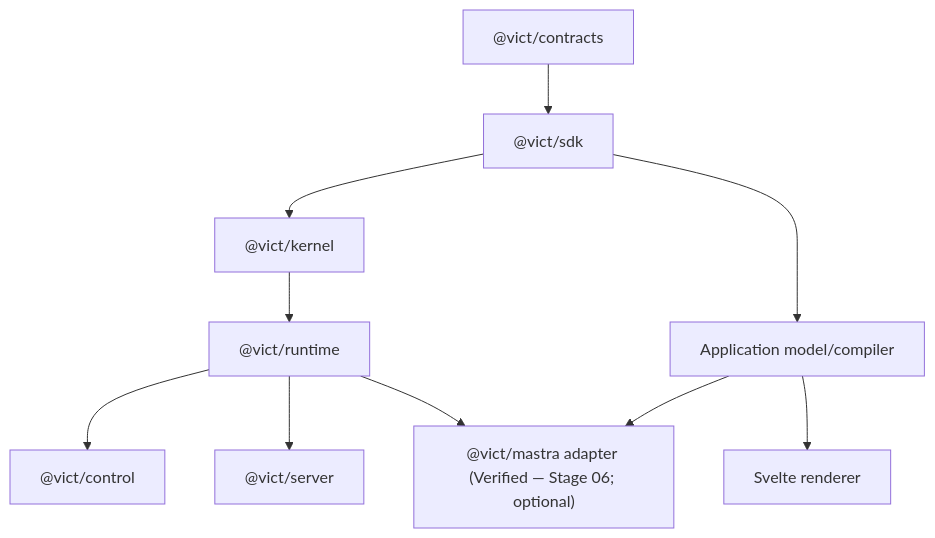
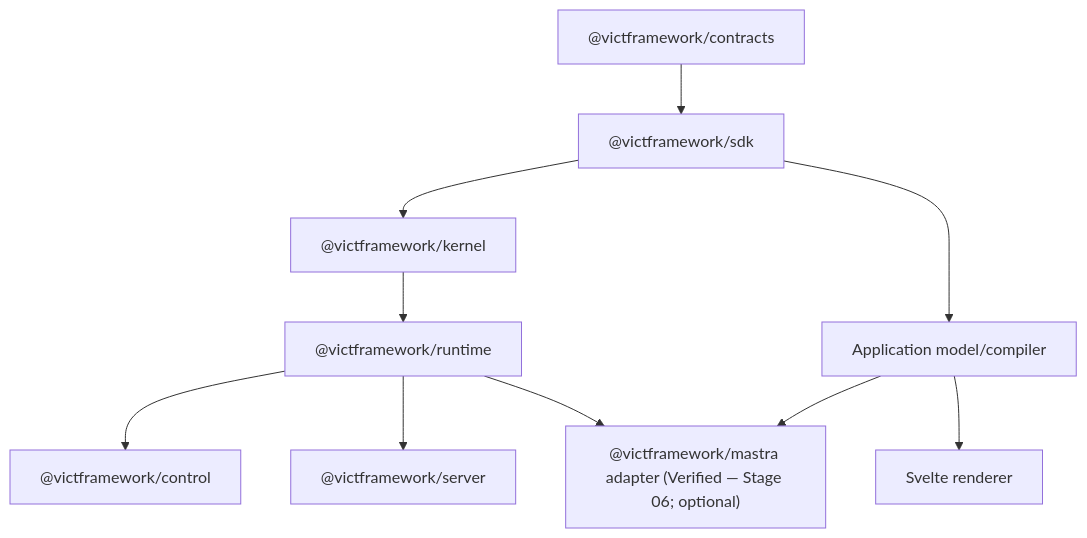
One commit to radz2291/vict-02 changed the second of 7 diagrams in docs/VICT-SYSTEM-REFERENCE.md. Above: the diagram before and after it, drawn with Mermaid. The commit also changed other lines of this file and 11 other files, not shown here.

````diff
--- a/docs/VICT-SYSTEM-REFERENCE.md
+++ b/docs/VICT-SYSTEM-REFERENCE.md
@@ -588,12 +693,12 @@
 ```mermaid
 flowchart TB
-    CONTRACTS["@vict/contracts"] --> SDK["@vict/sdk"]
-    SDK --> KERNEL["@vict/kernel"]
+    CONTRACTS["@victframework/contracts"] --> SDK["@victframework/sdk"]
+    SDK --> KERNEL["@victframework/kernel"]
     SDK --> APPMODEL["Application model/compiler"]
-    KERNEL --> RUNTIME["@vict/runtime"]
+    KERNEL --> RUNTIME["@victframework/runtime"]
     APPMODEL --> RENDERER["Svelte renderer"]
-    RUNTIME --> CONTROL["@vict/control"]
-    RUNTIME --> SERVER["@vict/server"]
-    RUNTIME --> MASTRA["@vict/mastra adapter (Verified — Stage 06; optional)"]
+    RUNTIME --> CONTROL["@victframework/control"]
+    RUNTIME --> SERVER["@victframework/server"]
+    RUNTIME --> MASTRA["@victframework/mastra adapter (Verified — Stage 06; optional)"]
     APPMODEL --> MASTRA
 ```
````
